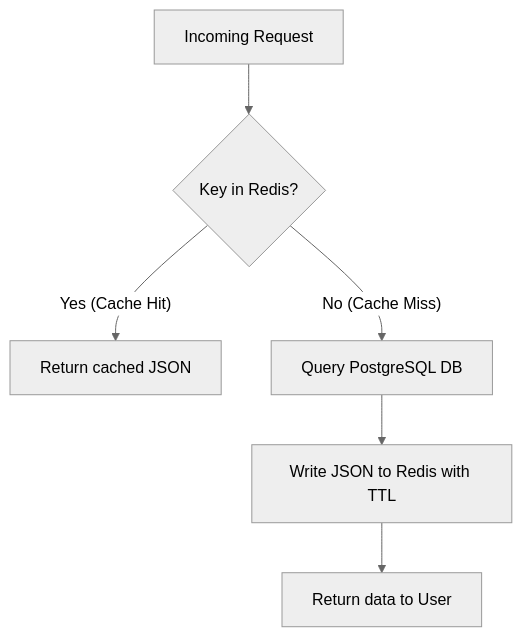
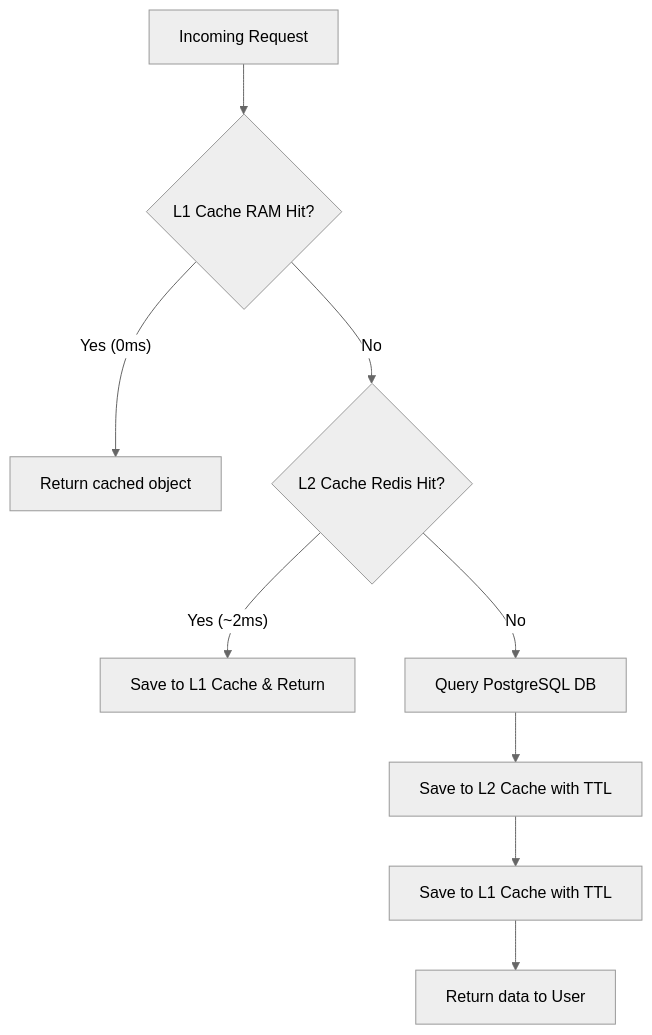
The diagram in redis_cache_plan.md (Charicific/memoize-tgbot), drawn with Mermaid (neutral theme) before and after one commit. The commit also changed other lines of this file and 1 other file, not shown here.

````diff
--- a/redis_cache_plan.md
+++ b/redis_cache_plan.md
@@ -10,8 +16,11 @@
 ```mermaid
 graph TD
-    A[Incoming Request] --> B{Key in Redis?}
-    B -- Yes (Cache Hit) --> C[Return cached JSON]
-    B -- No (Cache Miss) --> D[Query PostgreSQL DB]
-    D --> E[Write JSON to Redis with TTL]
-    E --> F[Return data to User]
+    A[Incoming Request] --> B{L1 Cache RAM Hit?}
+    B -- Yes (0ms) --> C[Return cached object]
+    B -- No --> D{L2 Cache Redis Hit?}
+    D -- Yes (~2ms) --> E[Save to L1 Cache & Return]
+    D -- No --> F[Query PostgreSQL DB]
+    F --> G[Save to L2 Cache with TTL]
+    G --> H[Save to L1 Cache with TTL]
+    H --> I[Return data to User]
 ```
````
